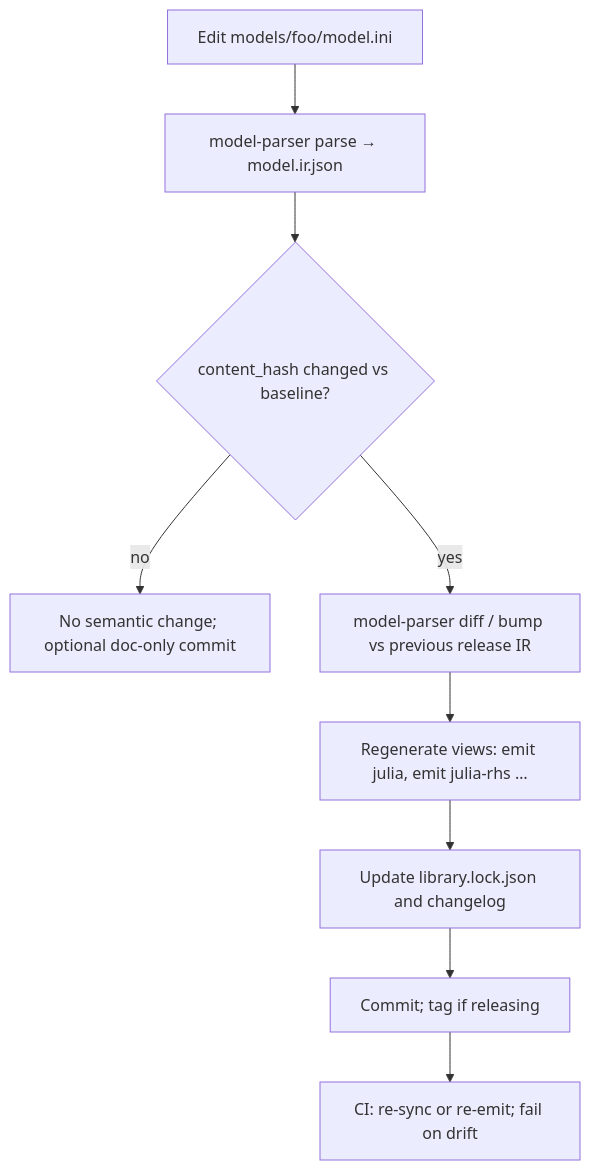
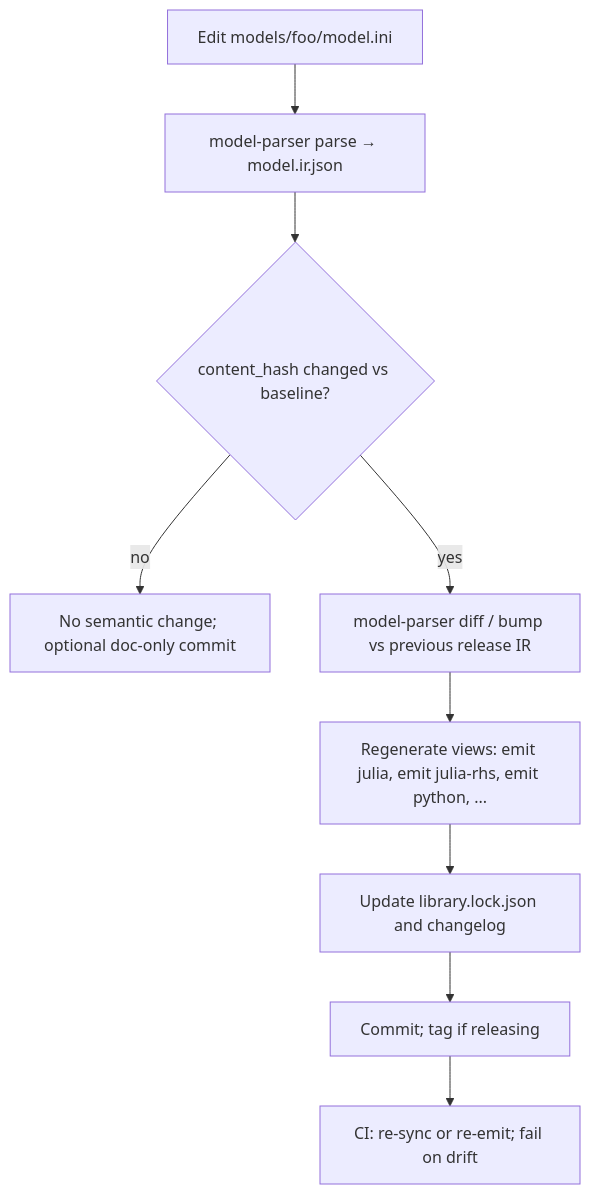
Before and after one commit to Advanced-Process-Control/model-parser: the diagram in docs/design/model-library-and-versioning.md, drawn with Mermaid. The commit also changed other lines of this file and 20 other files, not shown here.

Commit message:
feat(emit): add Python numerical model view

````diff
--- a/docs/design/model-library-and-versioning.md
+++ b/docs/design/model-library-and-versioning.md
@@ -84,11 +85,11 @@
 ```mermaid
 flowchart TD
     A[Edit models/foo/model.ini] --> B[model-parser parse → model.ir.json]
     B --> C{content_hash changed vs baseline?}
     C -- no --> Z[No semantic change; optional doc-only commit]
     C -- yes --> D[model-parser diff / bump vs previous release IR]
-    D --> E[Regenerate views: emit julia, emit julia-rhs …]
+    D --> E[Regenerate views: emit julia, emit julia-rhs, emit python, ...]
     E --> F[Update library.lock.json and changelog]
     F --> G[Commit; tag if releasing]
     G --> H[CI: re-sync or re-emit; fail on drift]
 ```
````
